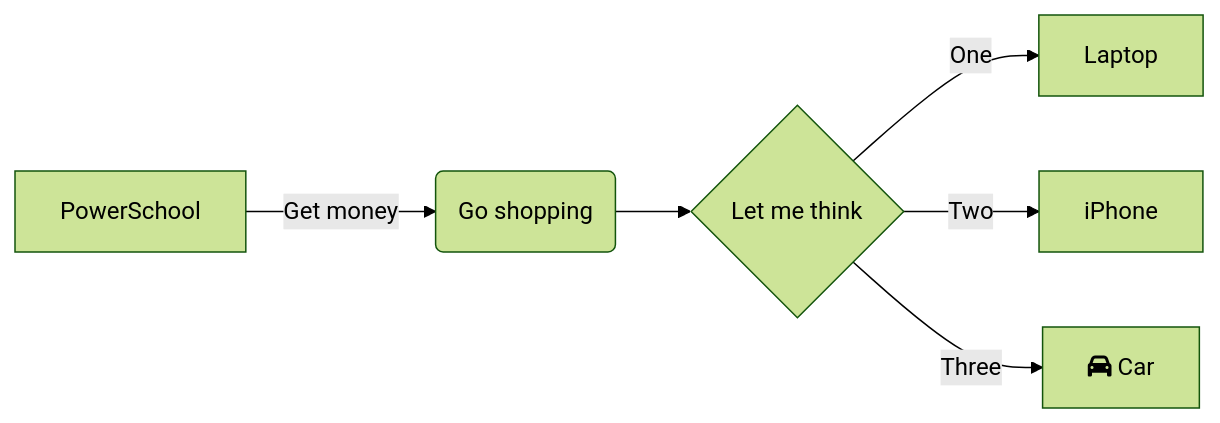
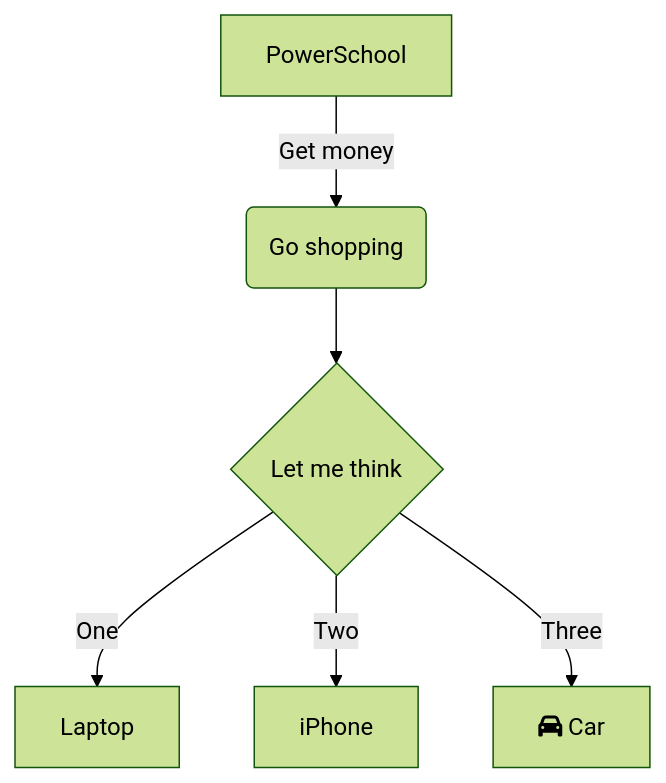
One commit to croninm-lynn/lps_datacenter_workdocs changed the diagram in DC_DataSystems.md. Above: the diagram before and after it, drawn with Mermaid (forest theme).

````diff
--- a/DC_DataSystems.md
+++ b/DC_DataSystems.md
@@ -3,8 +3,8 @@
 ```mermaid
-flowchart LR
+flowchart TD
 A[PowerSchool] -->|Get money| B(Go shopping)
 B --> C{Let me think}
 C -->|One| D[Laptop]
 C -->|Two| E[iPhone]
 C -->|Three| F[fa:fa-car Car]
 ```
````
